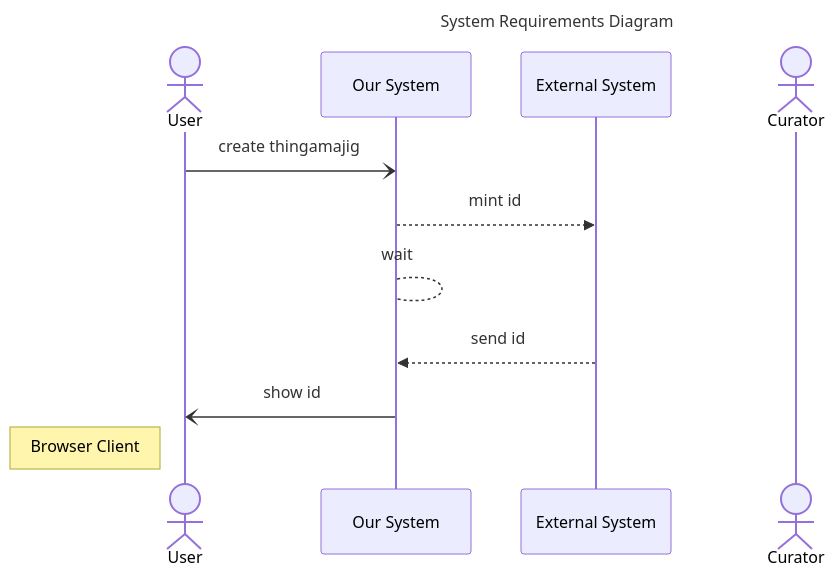
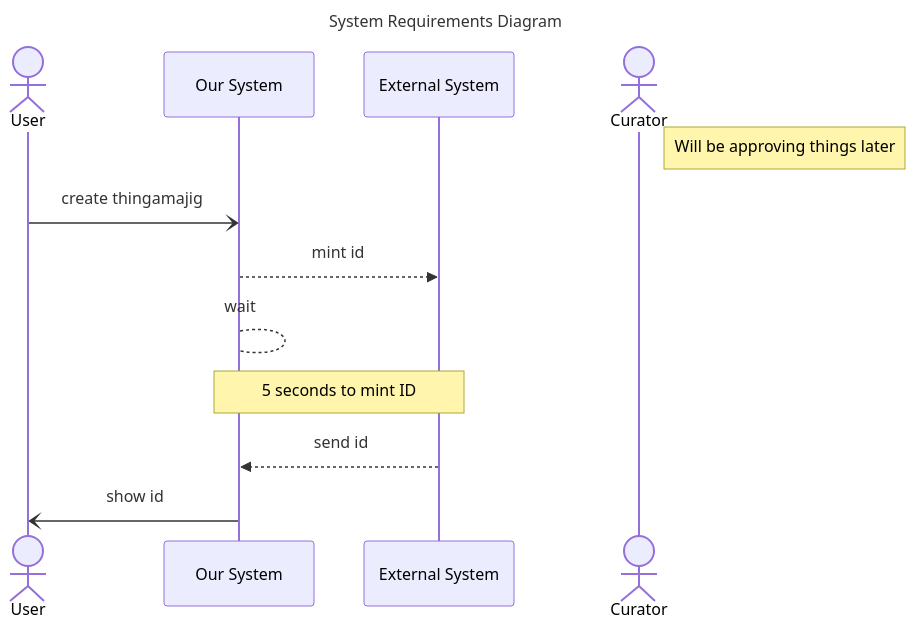
One commit to biermanr/mermaid-wintersession changed the diagram in lesson3-notes/flow-diagram.md. Above: the diagram before and after it, drawn with Mermaid.

````diff
--- a/lesson3-notes/flow-diagram.md
+++ b/lesson3-notes/flow-diagram.md
@@ -11,19 +11,21 @@
 ```mermaid
 
 sequenceDiagram
 title  System Requirements Diagram
 accTitle: System Requirements Sequence Diagram
 
 actor user as User
 participant sys as Our System
 participant ext as External System
 actor curator as Curator
 
+note right of curator: Will be approving things later
 user -) sys: create thingamajig
 sys -->> ext: mint id
 sys --> sys: wait
+note over sys,ext: 5 seconds to mint ID
 ext -->> sys: send id
 sys -) user: show id
 
-note left of user: Browser Client
+
 ```
````
